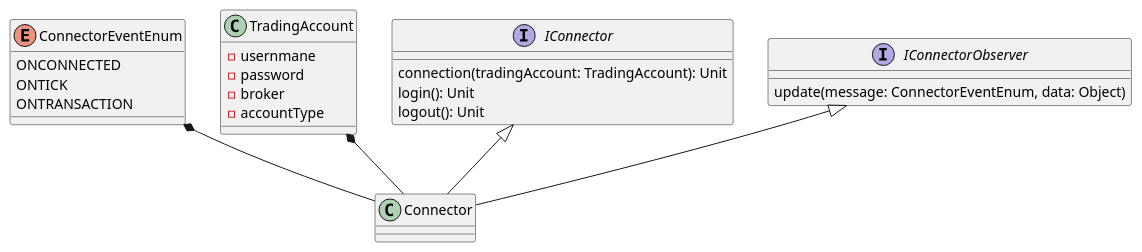
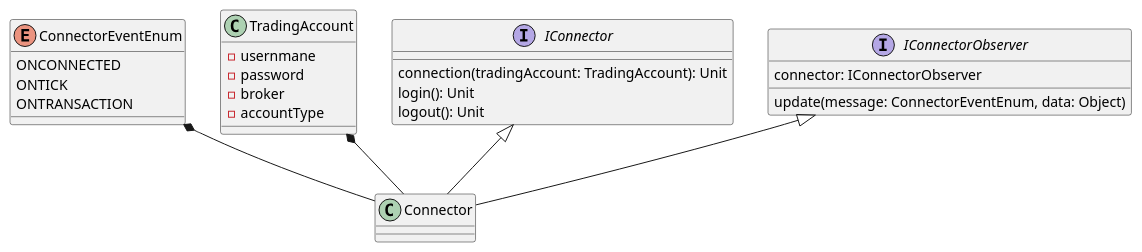
Before and after one commit to traderbook/documentation: the first of 2 diagrams in dev-docs/specs/techniques/stdconnector.adoc, drawn with PlantUML. The commit also changed other lines of this file and 18 other files, not shown here.

```diff
--- a/dev-docs/specs/techniques/stdconnector.adoc
+++ b/dev-docs/specs/techniques/stdconnector.adoc
@@ -9,32 +9,33 @@
 [plantuml, format="svg"]
 ....
 enum ConnectorEventEnum {
   ONCONNECTED
   ONTICK
   ONTRANSACTION
 }
 
 class TradingAccount {
     - usernmane
     - password
     - broker
     - accountType
 }
 
 interface IConnector {
   connection(tradingAccount: TradingAccount): Unit
   login(): Unit
   logout(): Unit
 }
 
 interface IConnectorObserver {
+  connector: IConnectorObserver
   update(message: ConnectorEventEnum, data: Object)
 }
 
 class Connector
 
 IConnector <|-- Connector
 IConnectorObserver <|-- Connector
 TradingAccount *-- Connector
 ConnectorEventEnum *-- Connector
 ....
```
